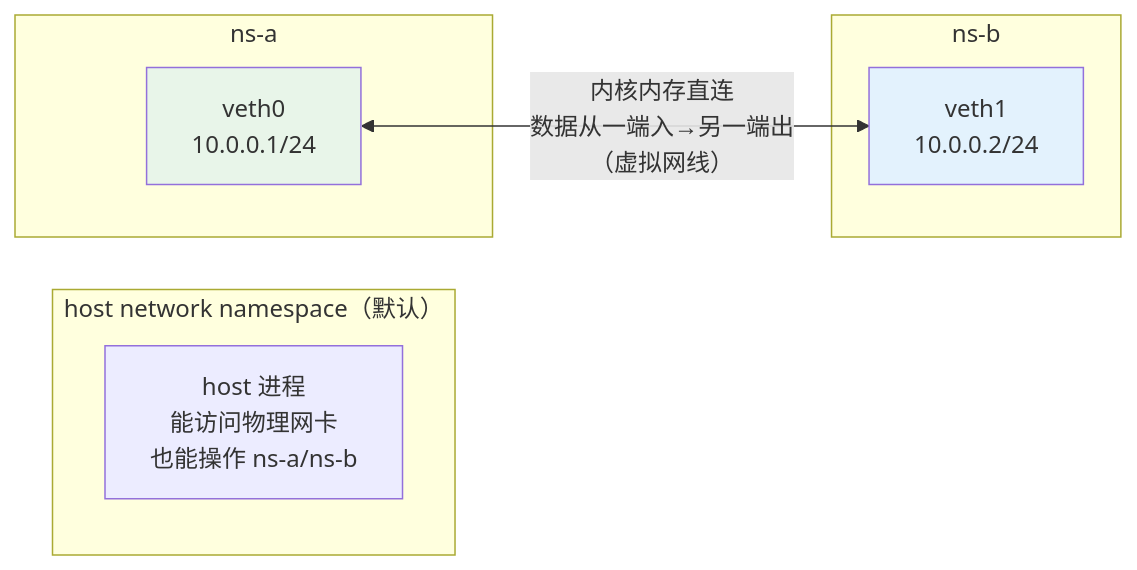
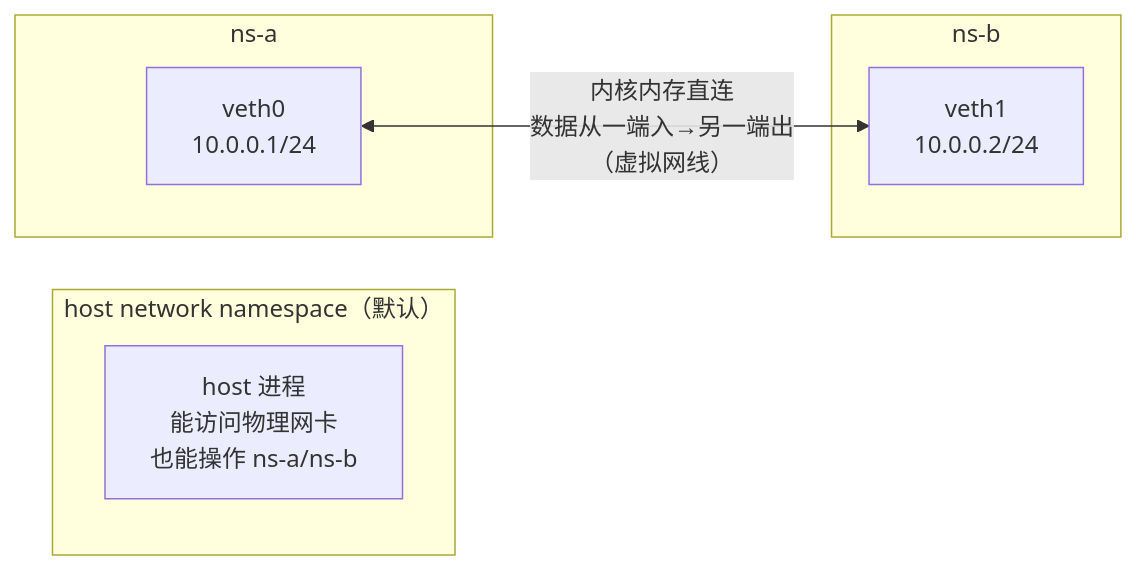
One commit to haiwei7050/notes changed diagram 14 of 16 in k8s/k8s集群网络笔记.md. Above: the diagram before and after it, drawn with Mermaid. The commit also changed other lines of this file, not shown here.

````diff
--- a/k8s/k8s集群网络笔记.md
+++ b/k8s/k8s集群网络笔记.md
@@ -1042,19 +1149,16 @@
 ```mermaid
 graph LR
-    subgraph "host network namespace（默认）"
+    subgraph HOST_NS_DEFAULT["host network namespace（默认）"]
         H["host 进程<br/>能访问物理网卡<br/>也能操作 ns-a/ns-b"]
     end
 
-    subgraph "ns-a"
+    subgraph VETH_NS_A["ns-a"]
         VA["veth0<br/>10.0.0.1/24"]
     end
 
-    subgraph "ns-b"
+    subgraph VETH_NS_B["ns-b"]
         VB["veth1<br/>10.0.0.2/24"]
     end
 
     VA <-->|"内核内存直连<br/>数据从一端入→另一端出<br/>（虚拟网线）"| VB
-
-    style VA fill:#e8f5e9
-    style VB fill:#e3f2fd
 ```
````
